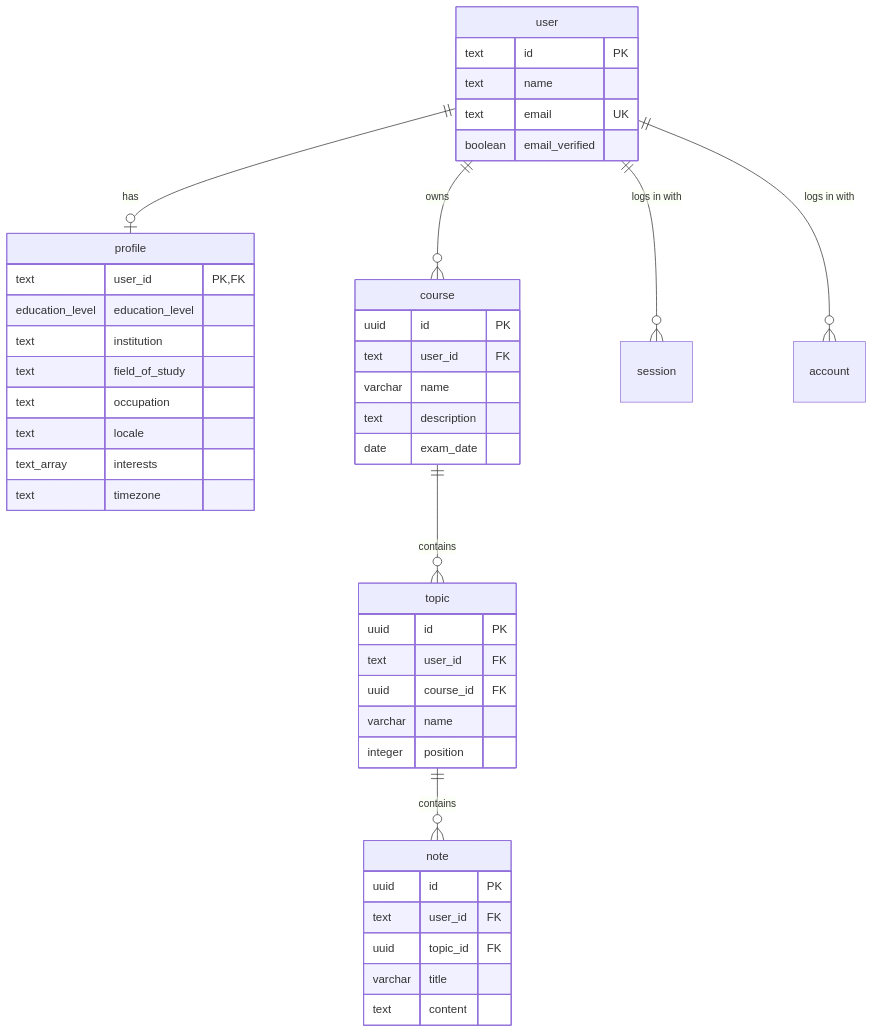
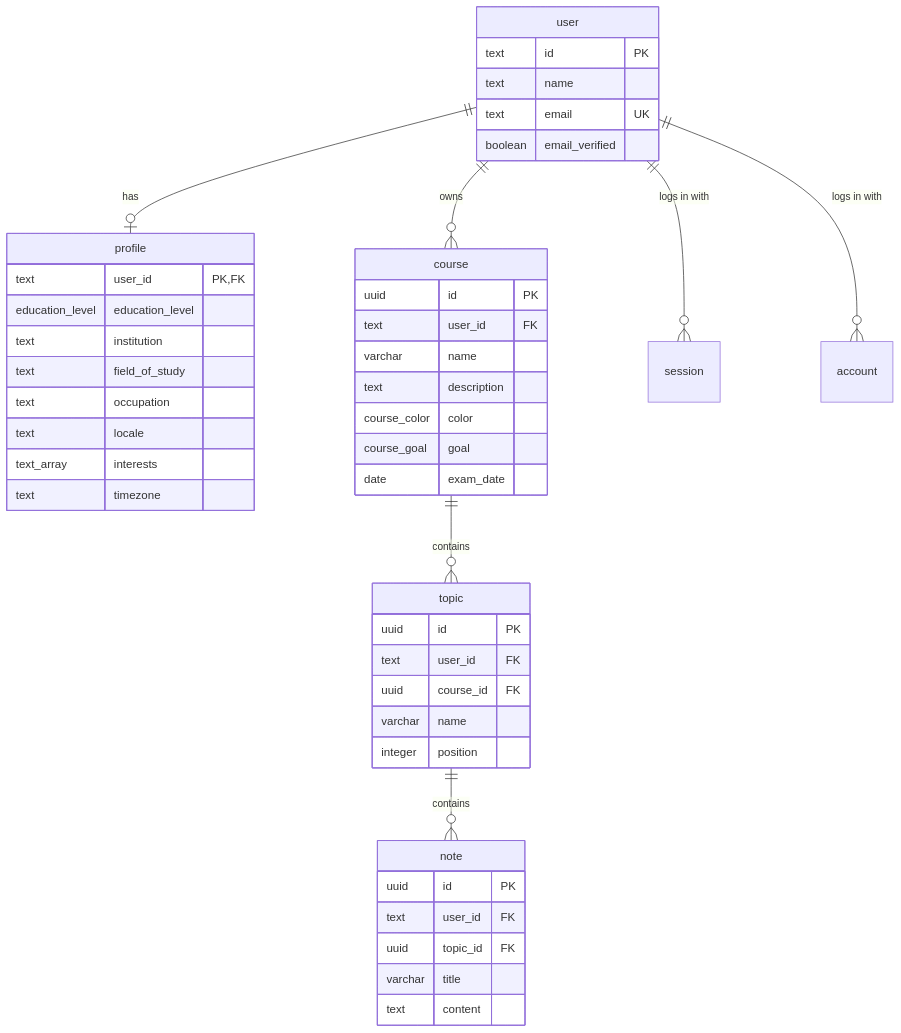
Before and after one commit to fyernald/orbi: the diagram in docs/database.md, drawn with Mermaid. The commit also changed other lines of this file and 18 other files, not shown here.

````diff
--- a/docs/database.md
+++ b/docs/database.md
@@ -7,47 +7,49 @@
 ```mermaid
 erDiagram
     user ||--o| profile : has
     user ||--o{ course : owns
     course ||--o{ topic : contains
     topic ||--o{ note : contains
     user ||--o{ session : "logs in with"
     user ||--o{ account : "logs in with"
 
     user {
         text id PK
         text name
         text email UK
         boolean email_verified
     }
     profile {
         text user_id PK,FK
         education_level education_level
         text institution
         text field_of_study
         text occupation
         text locale
         text_array interests
         text timezone
     }
     course {
         uuid id PK
         text user_id FK
         varchar name
         text description
+        course_color color
+        course_goal goal
         date exam_date
     }
     topic {
         uuid id PK
         text user_id FK
         uuid course_id FK
         varchar name
         integer position
     }
     note {
         uuid id PK
         text user_id FK
         uuid topic_id FK
         varchar title
         text content
     }
 ```
````
